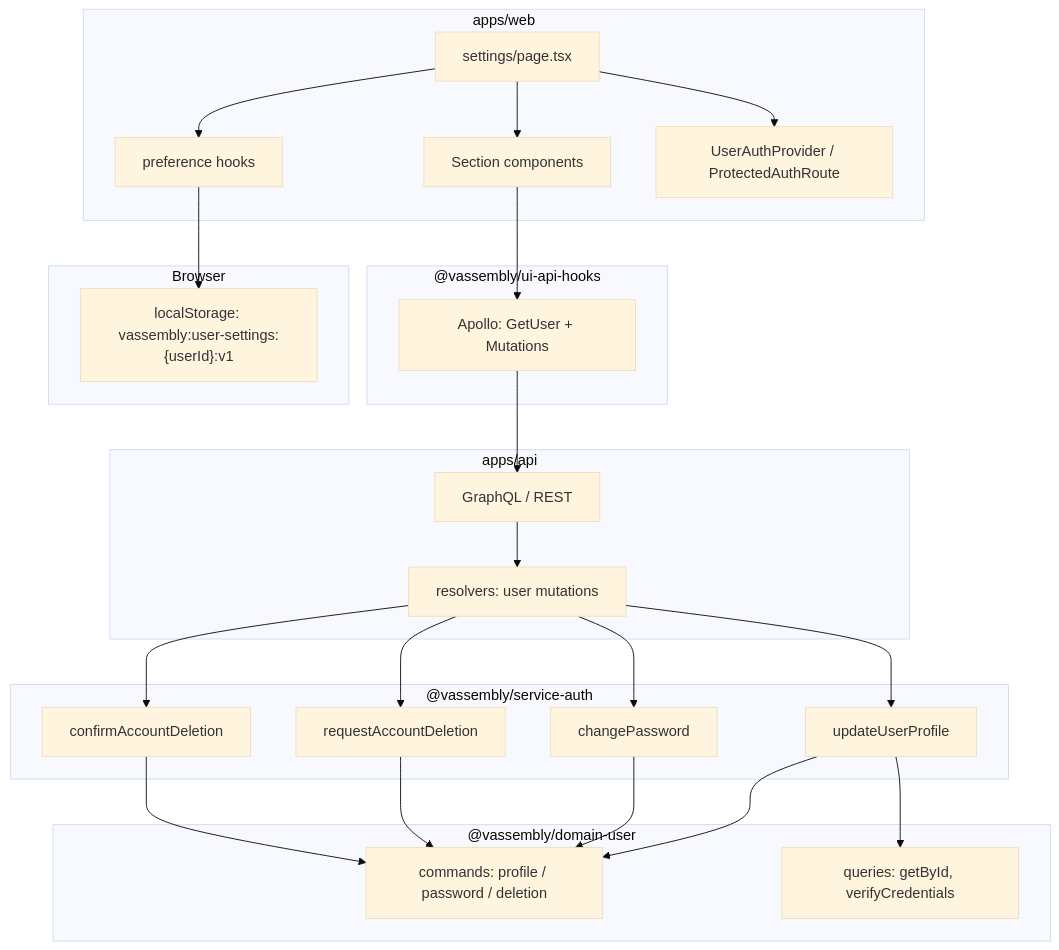
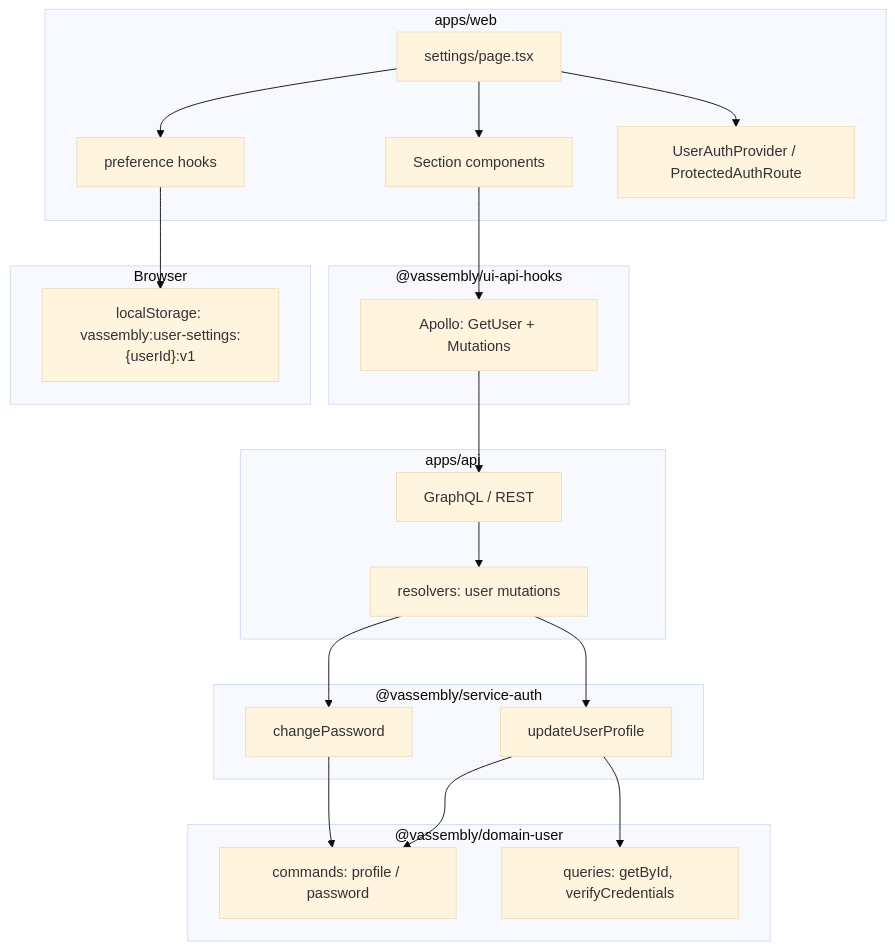
One commit to Wadowski/vassembly changed the diagram in docs/features/user-settings/architecture.md. Above: the diagram before and after it, drawn with Mermaid (base theme). The commit also changed other lines of this file and 224 other files, not shown here.

````diff
--- a/docs/features/user-settings/architecture.md
+++ b/docs/features/user-settings/architecture.md
@@ -60,51 +72,45 @@
 ```mermaid
 flowchart TB
   subgraph client["apps/web"]
     Page["settings/page.tsx"]
     Sections["Section components"]
     PrefHooks["preference hooks"]
     Session["UserAuthProvider / ProtectedAuthRoute"]
     Page --> Sections
     Page --> PrefHooks
     Page --> Session
   end
 
   subgraph hooks_pkg["@vassembly/ui-api-hooks"]
     GQL["Apollo: GetUser + Mutations"]
   end
 
   subgraph api["apps/api"]
     GQLServer["GraphQL / REST"]
     Resolvers["resolvers: user mutations"]
     GQLServer --> Resolvers
   end
 
   subgraph svc["@vassembly/service-auth"]
     HProf["updateUserProfile"]
     HPwd["changePassword"]
-    HDelReq["requestAccountDeletion"]
-    HDelConf["confirmAccountDeletion"]
   end
 
   subgraph dom["@vassembly/domain-user"]
-    CmdUpd["commands: profile / password / deletion"]
+    CmdUpd["commands: profile / password"]
     Q["queries: getById, verifyCredentials"]
   end
 
   subgraph storage["Browser"]
     LS["localStorage: vassembly:user-settings:{userId}:v1"]
   end
 
   Sections --> GQL
   PrefHooks --> LS
   GQL --> GQLServer
   Resolvers --> HProf
   Resolvers --> HPwd
-  Resolvers --> HDelReq
-  Resolvers --> HDelConf
   HProf --> CmdUpd
   HPwd --> CmdUpd
-  HDelReq --> CmdUpd
-  HDelConf --> CmdUpd
   HProf --> Q
 ```
````
